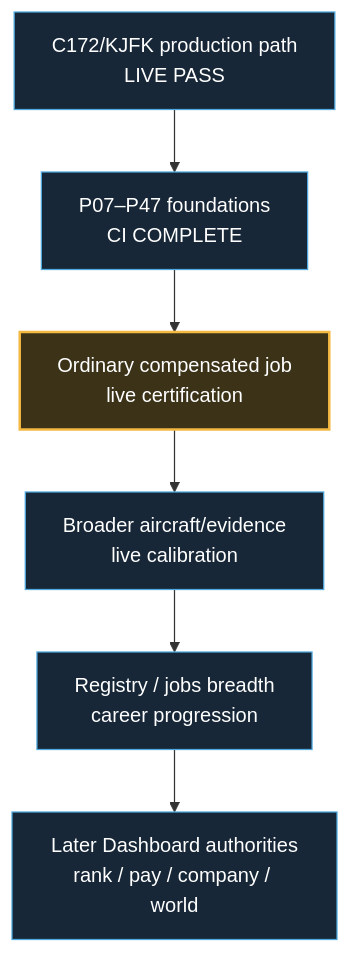
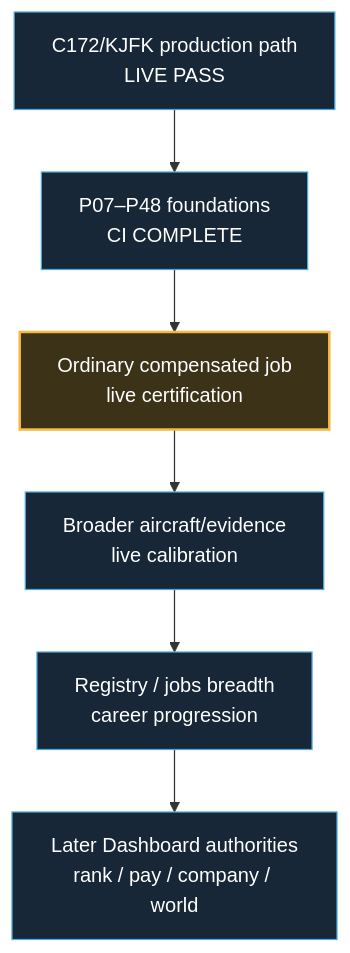
The second of 2 diagrams in docs/development-master-checklist.md (dhavalpddn-eng/OpenCareer), drawn with Mermaid before and after one commit. The commit also changed other lines of this file and 2 other files, not shown here.

````diff
--- a/docs/development-master-checklist.md
+++ b/docs/development-master-checklist.md
@@ -54,13 +54,13 @@
 ```mermaid
 flowchart TD
-    A["C172/KJFK production path<br/>LIVE PASS"] --> B["P07–P47 foundations<br/>CI COMPLETE"]
+    A["C172/KJFK production path<br/>LIVE PASS"] --> B["P07–P48 foundations<br/>CI COMPLETE"]
     B --> C["Ordinary compensated job<br/>live certification"]
     C --> D["Broader aircraft/evidence<br/>live calibration"]
     D --> E["Registry / jobs breadth<br/>career progression"]
     E --> F["Later Dashboard authorities<br/>rank / pay / company / world"]
 
     classDef next fill:#3b3218,stroke:#F4B942,color:#fff,stroke-width:2px;
     classDef future fill:#172737,stroke:#4EA8DE,color:#fff,stroke-width:1px;
     class C next;
     class A,B,D,E,F future;
 ```
````
